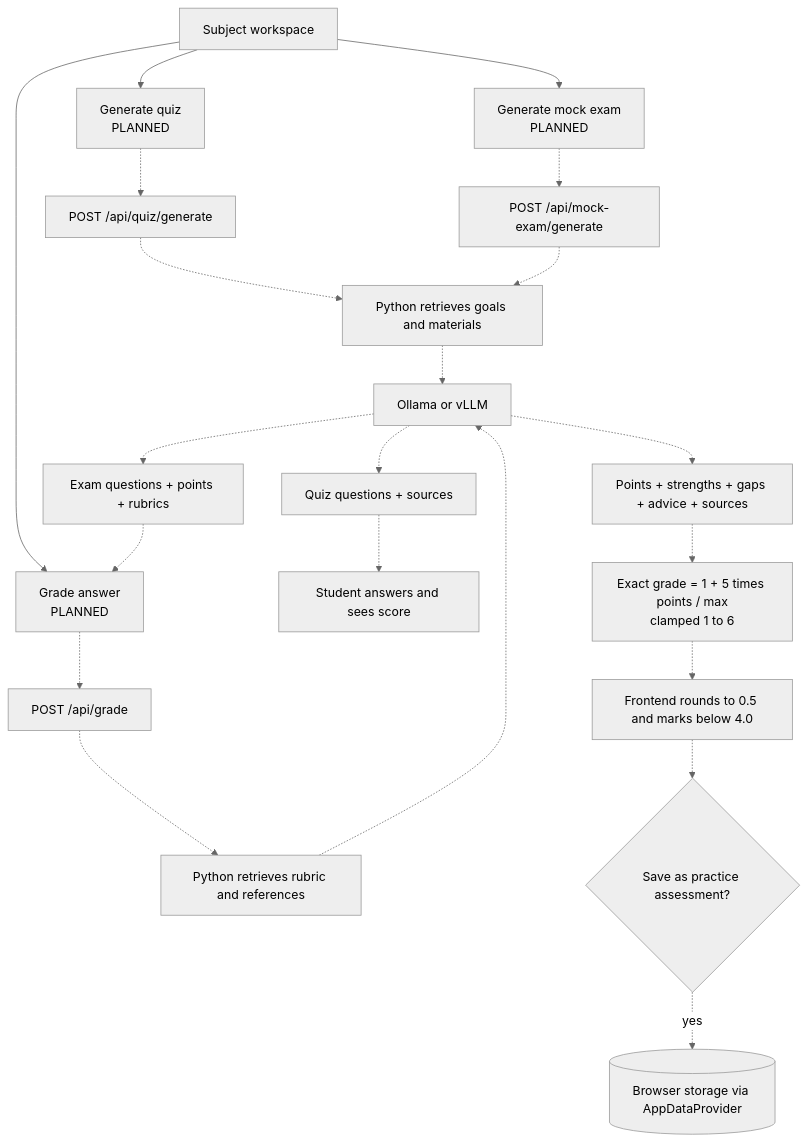
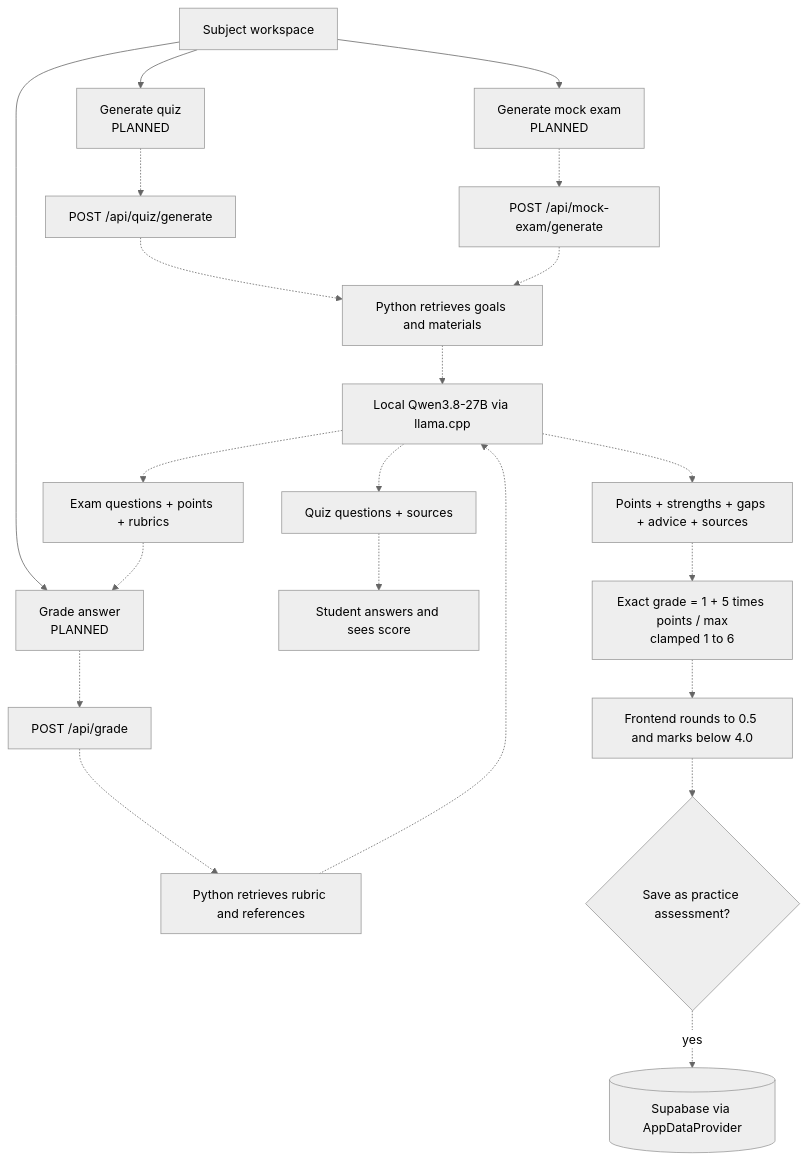
Before and after one commit to keyshavmor/study-swiss-star: the diagram in docs/wireframes/12-ai-study-tools.mmd, drawn with Mermaid (neutral theme). The commit also changed 118 other files, not shown here.

```diff
--- a/docs/wireframes/12-ai-study-tools.mmd
+++ b/docs/wireframes/12-ai-study-tools.mmd
@@ -1,21 +1,21 @@
 flowchart TD
   Subject[Subject workspace] --> Quiz[Generate quiz\nPLANNED]
   Subject --> Exam[Generate mock exam\nPLANNED]
   Subject --> Grade[Grade answer\nPLANNED]
   Quiz -.-> QAPI[POST /api/quiz/generate]
   Exam -.-> EAPI[POST /api/mock-exam/generate]
   Grade -.-> GAPI[POST /api/grade]
   QAPI -.-> Retrieve[Python retrieves goals and materials]
   EAPI -.-> Retrieve
   GAPI -.-> Rubric[Python retrieves rubric and references]
-  Retrieve -.-> Model[Ollama or vLLM]
+  Retrieve -.-> Model[Local Qwen3.8-27B via llama.cpp]
   Rubric -.-> Model
   Model -.-> QuizUI[Quiz questions + sources]
   Model -.-> ExamUI[Exam questions + points + rubrics]
   Model -.-> Result[Points + strengths + gaps + advice + sources]
   QuizUI -.-> Answers[Student answers and sees score]
   ExamUI -.-> Grade
   Result -.-> Formula[Exact grade = 1 + 5 times points / max\nclamped 1 to 6]
   Formula -.-> Display[Frontend rounds to 0.5 and marks below 4.0]
   Display -.-> Confirm{Save as practice assessment?}
-  Confirm -. yes .-> Local[(Browser storage via AppDataProvider)]
+  Confirm -. yes .-> Local[(Supabase via AppDataProvider)]
```
